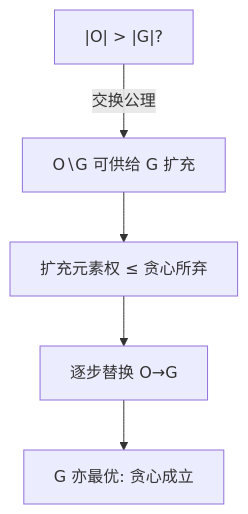
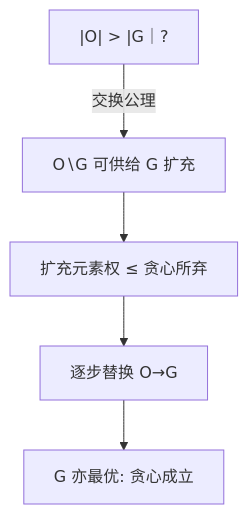
The second of 2 diagrams in docs/cs/matroid-theory.md (xhongduo-tech/xhongduo-tech.github.io), drawn with Mermaid before and after one commit. The commit also changed other lines of this file and 291 other files, not shown here.

Commit message:
Normalize lesson titles to tree names and repair mermaid arrow/quote syntax site-wide.

````diff
--- a/docs/cs/matroid-theory.md
+++ b/docs/cs/matroid-theory.md
@@ -44,7 +44,7 @@
 ```mermaid
 flowchart TD
-  Q["|O| > |G|?"] -->|"交换公理"| R["O∖G 可供给 G 扩充"]
+  Q["|O| > |G｜?"] -->|"交换公理"| R["O∖G 可供给 G 扩充"]
   R --> S["扩充元素权 ≤ 贪心所弃"]
   S --> T["逐步替换 O→G"]
   T --> U["G 亦最优: 贪心成立"]
 ```
````
